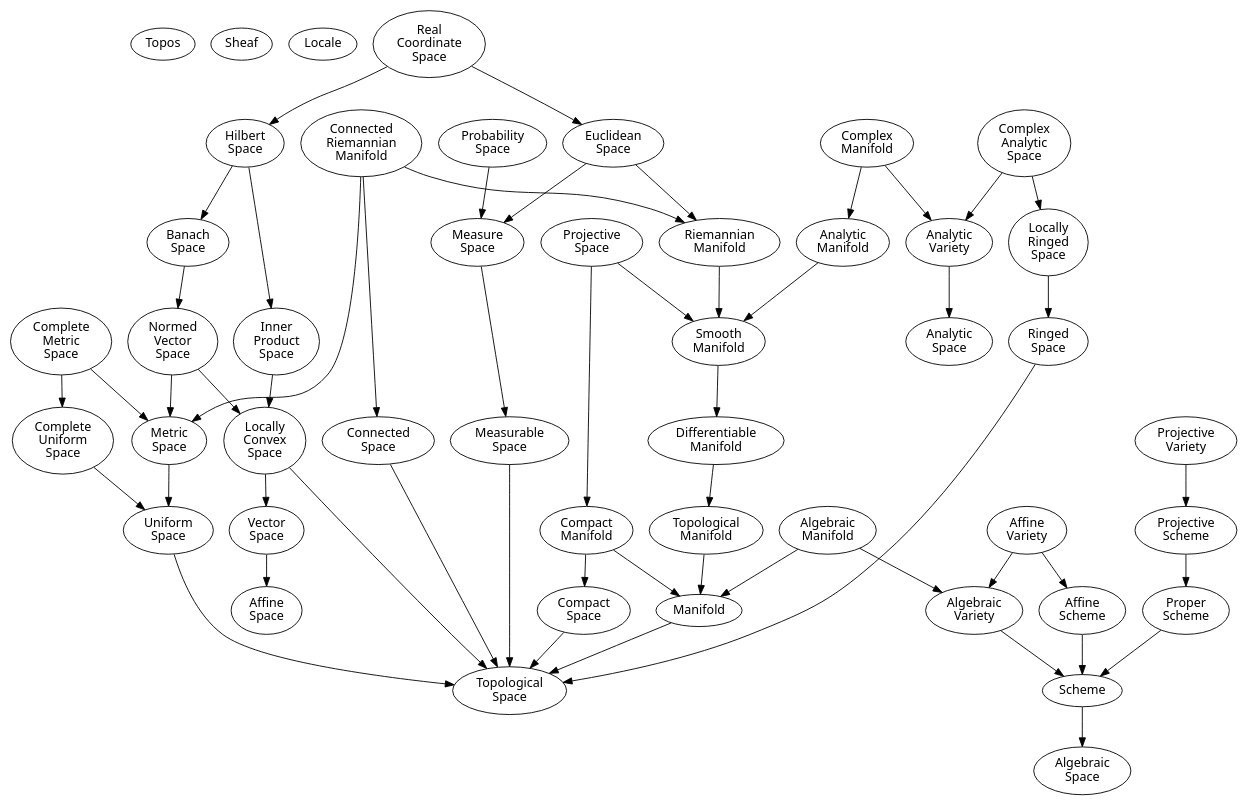
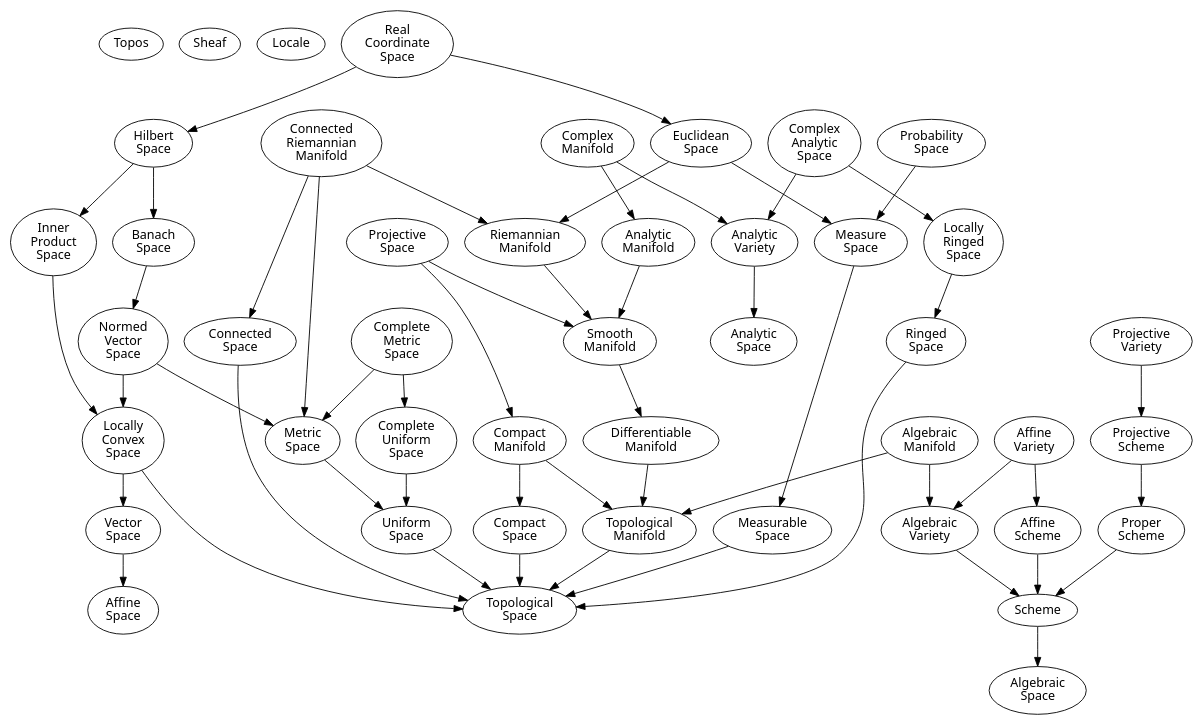
Before and after one commit to spearman/formal-logic: the diagram in spaces.dot, drawn with Graphviz. The commit also changed 8 other files, not shown here.

```diff
--- a/spaces.dot
+++ b/spaces.dot
@@ -1,116 +1,114 @@
 digraph spaces {
   node [ fontname = "sans" ];
 
   "Topos";
 
   "Sheaf";
 
   "Locale";
 
   "Real\nCoordinate\nSpace";
 
   "Euclidean\nSpace";
 
   "Projective\nSpace";
 
   "Measure\nSpace";
   "Measurable\nSpace";
 
   "Complex\nManifold";
   "Analytic\nManifold";
   "Algebraic\nManifold";
   "Compact\nManifold";
   "Riemannian\nManifold";
   "Connected\nRiemannian\nManifold";
   "Smooth\nManifold";
   "Differentiable\nManifold";
   "Topological\nManifold";
-  "Manifold";
   "Compact\nSpace";
   "Connected\nSpace";
   "Complete\nMetric\nSpace";
   "Complete\nUniform\nSpace";
   "Metric\nSpace";
   "Uniform\nSpace";
   "Topological\nSpace";
 
   "Hilbert\nSpace";
   "Banach\nSpace";
   "Normed\nVector\nSpace";
   "Inner\nProduct\nSpace";
   "Locally\nConvex\nSpace";
   "Vector\nSpace";
   "Affine\nSpace";
 
   "Projective\nVariety";
   "Affine\nVariety";
   "Algebraic\nVariety";
   "Analytic\nVariety";
   "Analytic\nSpace";
   "Affine\nScheme";
   "Scheme";
   "Algebraic\nSpace";
 
   "Complex\nAnalytic\nSpace";
   "Locally\nRinged\nSpace";
   "Analytic\nSpace";
 
   "Real\nCoordinate\nSpace" -> "Hilbert\nSpace"
   "Real\nCoordinate\nSpace" -> "Euclidean\nSpace"
   "Euclidean\nSpace" -> "Measure\nSpace"
   "Probability\nSpace" -> "Measure\nSpace"
   "Measure\nSpace" -> "Measurable\nSpace"
   "Measurable\nSpace" -> "Topological\nSpace"
 
   "Hilbert\nSpace" -> "Banach\nSpace"
   "Hilbert\nSpace" -> "Inner\nProduct\nSpace"
   "Normed\nVector\nSpace" -> "Locally\nConvex\nSpace"
   "Inner\nProduct\nSpace" -> "Locally\nConvex\nSpace"
   "Locally\nConvex\nSpace" -> "Topological\nSpace"
   "Locally\nConvex\nSpace" -> "Vector\nSpace"
   "Vector\nSpace" -> "Affine\nSpace"
 
   "Banach\nSpace" -> "Normed\nVector\nSpace"
   "Normed\nVector\nSpace" -> "Metric\nSpace"
   "Complete\nMetric\nSpace" -> "Metric\nSpace"
   "Complete\nMetric\nSpace" -> "Complete\nUniform\nSpace"
   "Complete\nUniform\nSpace" -> "Uniform\nSpace"
   "Metric\nSpace" -> "Uniform\nSpace"
   "Uniform\nSpace" -> "Topological\nSpace"
 
   "Projective\nSpace" -> "Compact\nManifold"
   "Projective\nSpace" -> "Smooth\nManifold"
   "Euclidean\nSpace" -> "Riemannian\nManifold"
   "Connected\nRiemannian\nManifold" -> "Riemannian\nManifold"
   "Connected\nRiemannian\nManifold" -> "Connected\nSpace"
   "Connected\nRiemannian\nManifold" -> "Metric\nSpace"
   "Riemannian\nManifold" -> "Smooth\nManifold"
   "Analytic\nManifold" -> "Smooth\nManifold"
   "Smooth\nManifold" -> "Differentiable\nManifold"
   "Differentiable\nManifold" -> "Topological\nManifold"
   "Complex\nManifold" -> "Analytic\nManifold"
-  "Topological\nManifold" -> "Manifold"
-  "Compact\nManifold" -> "Manifold"
+  "Compact\nManifold" -> "Topological\nManifold"
   "Compact\nManifold" -> "Compact\nSpace"
   "Compact\nSpace" -> "Topological\nSpace"
   "Connected\nSpace" -> "Topological\nSpace"
-  "Manifold" -> "Topological\nSpace"
+  "Topological\nManifold" -> "Topological\nSpace"
 
   "Projective\nVariety" -> "Projective\nScheme"
   "Projective\nScheme" -> "Proper\nScheme"
   "Proper\nScheme" -> "Scheme"
   "Complex\nManifold" -> "Analytic\nVariety"
   "Complex\nAnalytic\nSpace" -> "Analytic\nVariety"
   "Complex\nAnalytic\nSpace" -> "Locally\nRinged\nSpace"
   "Locally\nRinged\nSpace" -> "Ringed\nSpace"
   "Ringed\nSpace" -> "Topological\nSpace"
   "Analytic\nVariety" -> "Analytic\nSpace"
   "Algebraic\nManifold" -> "Algebraic\nVariety"
-  "Algebraic\nManifold" -> "Manifold"
+  "Algebraic\nManifold" -> "Topological\nManifold"
   "Algebraic\nVariety" -> "Scheme"
   "Affine\nVariety" -> "Algebraic\nVariety"
   "Affine\nVariety" -> "Affine\nScheme"
   "Affine\nScheme" -> "Scheme"
   "Scheme" -> "Algebraic\nSpace"
 
 }
```
